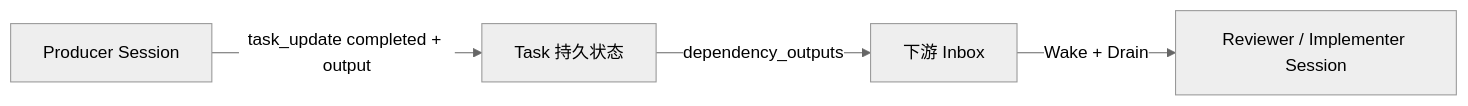
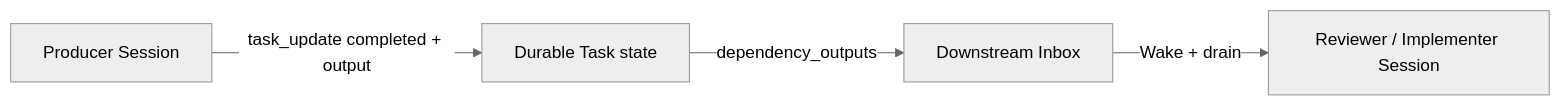
Before and after one commit to YORG-AI/ORGII: the fourth of 5 diagrams in docs/architecture-audit-2026-07-12/AgentOrgRecovery.md, drawn with Mermaid (neutral theme). The commit also changed other lines of this file and 94 other files, not shown here.

````diff
--- a/docs/architecture-audit-2026-07-12/AgentOrgRecovery.md
+++ b/docs/architecture-audit-2026-07-12/AgentOrgRecovery.md
@@ -135,6 +126,6 @@
 ```mermaid
 flowchart LR
-    P["Producer Session"] -->|"task_update completed + output"| T["Task 持久状态"]
-    T -->|"dependency_outputs"| I["下游 Inbox"]
-    I -->|"Wake + Drain"| R["Reviewer / Implementer Session"]
+    P["Producer Session"] -->|"task_update completed + output"| T["Durable Task state"]
+    T -->|"dependency_outputs"| I["Downstream Inbox"]
+    I -->|"Wake + drain"| R["Reviewer / Implementer Session"]
 ```
````
